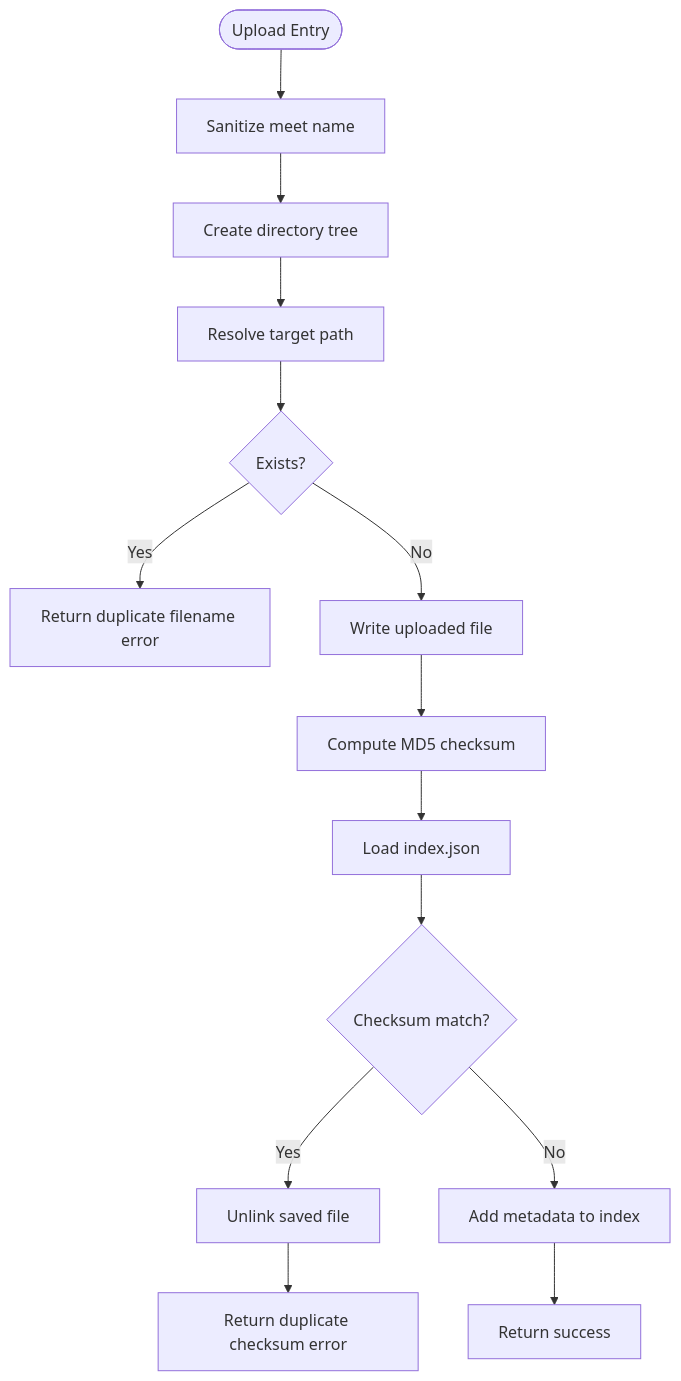
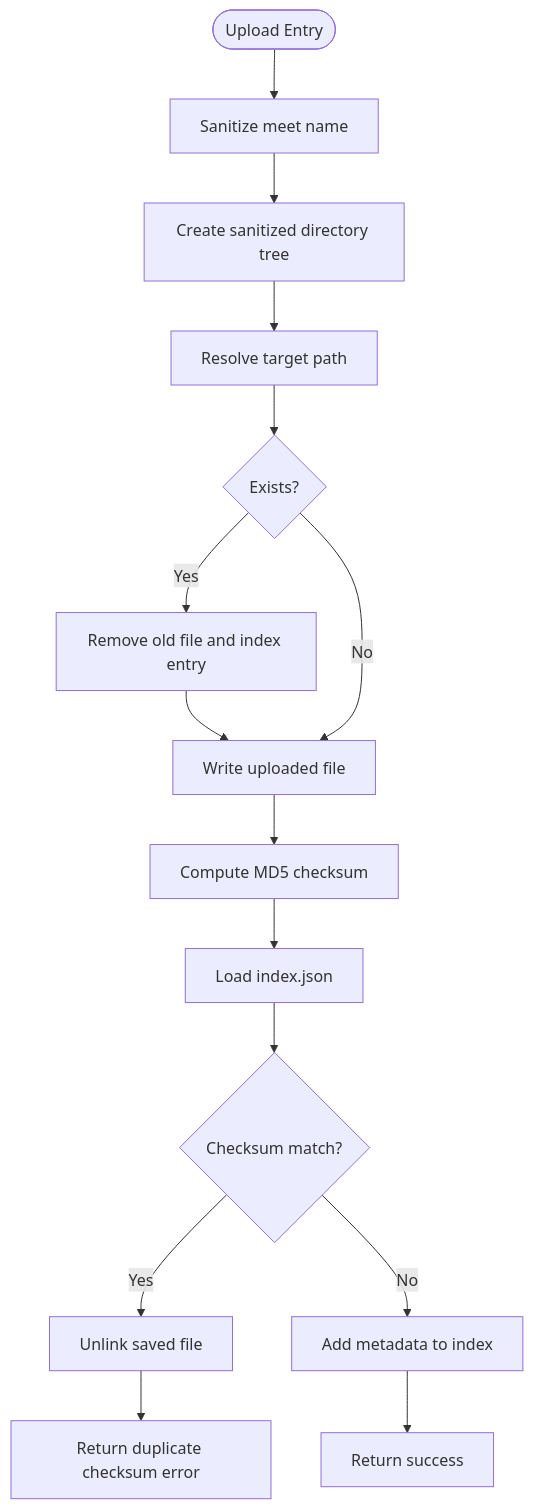
Before and after one commit to Johnny22056/SwimingStatus: the fourth of 9 diagrams in .qoder/repowiki/en/content/Feature Modules/Screenshot Processing.md, drawn with Mermaid. The commit also changed other lines of this file and 8 other files, not shown here.

````diff
--- a/.qoder/repowiki/en/content/Feature Modules/Screenshot Processing.md
+++ b/.qoder/repowiki/en/content/Feature Modules/Screenshot Processing.md
@@ -158,16 +168,17 @@
 ```mermaid
 flowchart TD
 Start(["Upload Entry"]) --> Sanitize["Sanitize meet name"]
-Sanitize --> MakeDirs["Create directory tree"]
+Sanitize --> MakeDirs["Create sanitized directory tree"]
 MakeDirs --> TargetPath["Resolve target path"]
 TargetPath --> Exists{"Exists?"}
-Exists --> |Yes| ReturnDup["Return duplicate filename error"]
-Exists --> |No| WriteFile["Write uploaded file"]
+Exists --> |Yes| RemoveOld["Remove old file and index entry"]
+RemoveOld --> WriteFile["Write uploaded file"]
+Exists --> |No| WriteFile
 WriteFile --> Compute["Compute MD5 checksum"]
 Compute --> LoadIndex["Load index.json"]
 LoadIndex --> Scan{"Checksum match?"}
 Scan --> |Yes| RemoveFile["Unlink saved file"]
 RemoveFile --> ReturnDup2["Return duplicate checksum error"]
 Scan --> |No| AddIndex["Add metadata to index"]
 AddIndex --> ReturnOK["Return success"]
 ```
````
